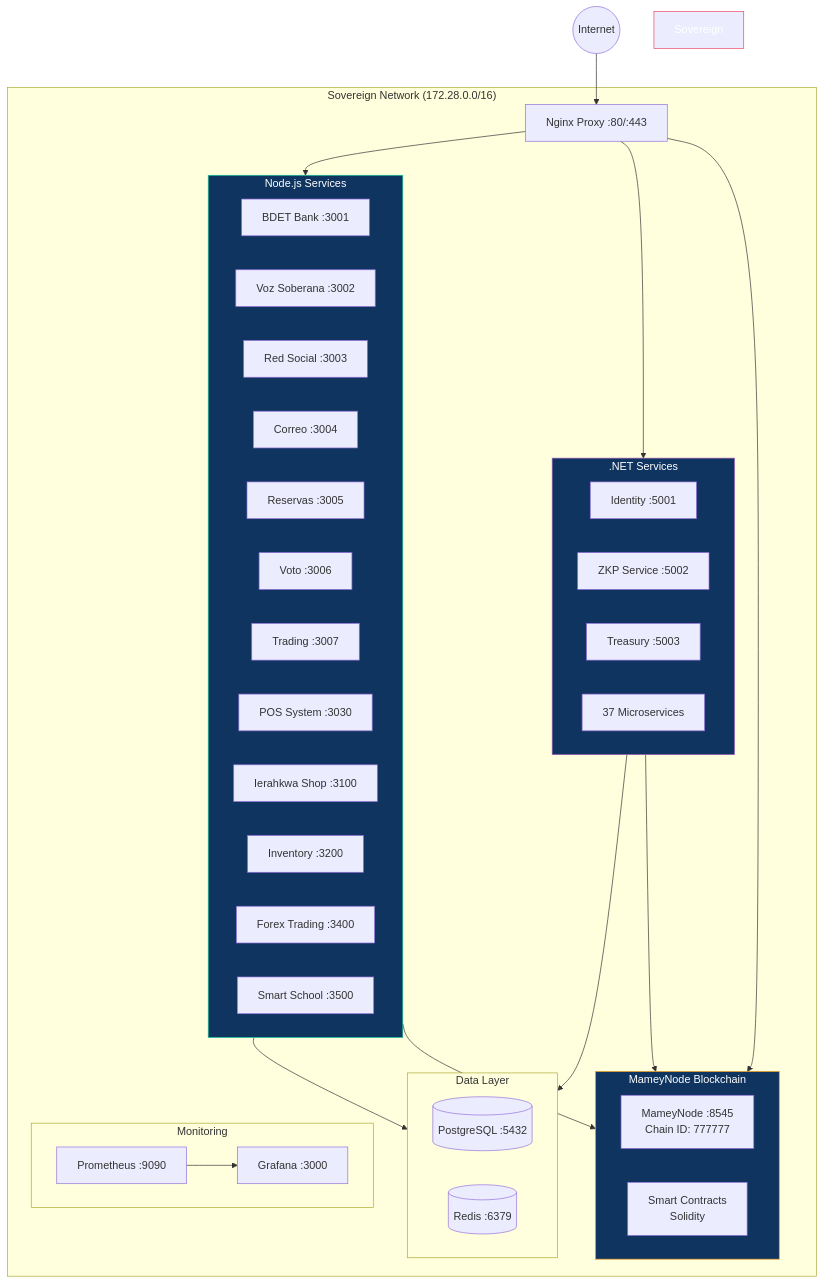
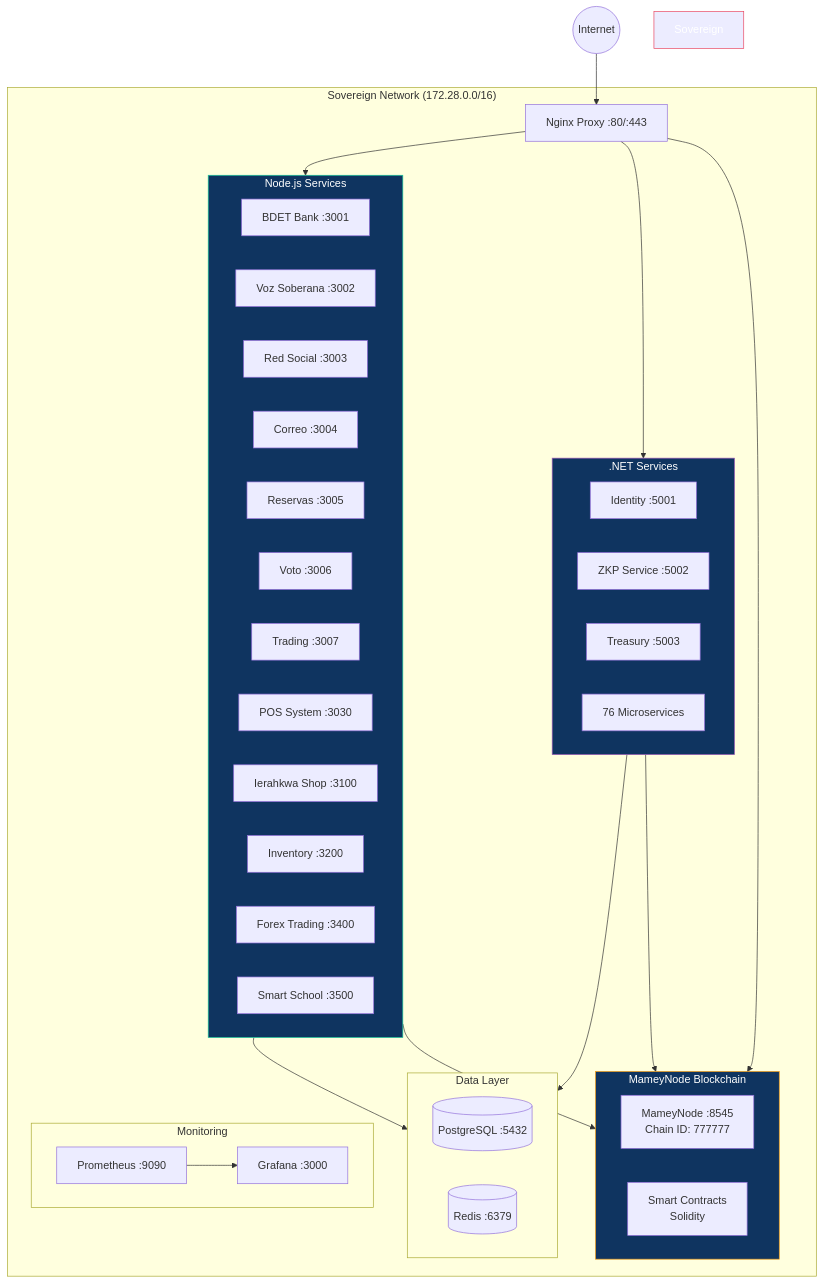
The diagram in README.md (rudvincci/ierahkwa-platform), drawn with Mermaid before and after one commit. The commit also changed other lines of this file and 614 other files, not shown here.

````diff
--- a/README.md
+++ b/README.md
@@ -116,58 +119,58 @@
 ```mermaid
 graph TB
     Internet((Internet)) --> Nginx[Nginx Proxy :80/:443]
 
     subgraph Sovereign Network ["Sovereign Network (172.28.0.0/16)"]
         Nginx --> NodeServices
         Nginx --> DotNetServices
         Nginx --> Blockchain
 
         subgraph NodeServices ["Node.js Services"]
             Bank[BDET Bank :3001]
             Voz[Voz Soberana :3002]
             Red[Red Social :3003]
             Mail[Correo :3004]
             Reservas[Reservas :3005]
             Voto[Voto :3006]
             Trading[Trading :3007]
             POS[POS System :3030]
             Shop[Ierahkwa Shop :3100]
             Inventory[Inventory :3200]
             Forex[Forex Trading :3400]
             School[Smart School :3500]
         end
 
         subgraph DotNetServices [".NET Services"]
             Identity[Identity :5001]
             ZKP[ZKP Service :5002]
             Treasury[Treasury :5003]
-            Micro37["37 Microservices"]
+            Micro76["76 Microservices"]
         end
 
         subgraph Blockchain ["MameyNode Blockchain"]
             Node[MameyNode :8545<br/>Chain ID: 777777]
             Contracts[Smart Contracts<br/>Solidity]
         end
 
         subgraph Data ["Data Layer"]
             PG[(PostgreSQL :5432)]
             Redis[(Redis :6379)]
         end
 
         subgraph Monitoring ["Monitoring"]
             Prom[Prometheus :9090]
             Graf[Grafana :3000]
         end
 
         NodeServices --> Data
         DotNetServices --> Data
         NodeServices --> Blockchain
         DotNetServices --> Blockchain
         Prom --> Graf
     end
 
     style Sovereign Network fill:#1a1a2e,stroke:#e94560,color:#fff
     style NodeServices fill:#0f3460,stroke:#16c79a,color:#fff
     style DotNetServices fill:#0f3460,stroke:#9b59b6,color:#fff
     style Blockchain fill:#0f3460,stroke:#f39c12,color:#fff
 ```
````
